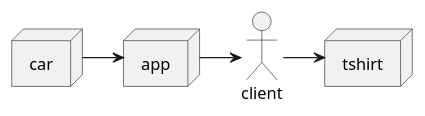
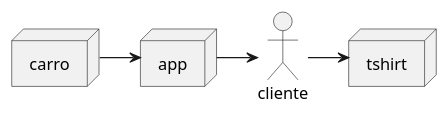
One commit to dionatamsouza/dionatamsouza.github.io changed the diagram in docs/plantuml/test.iuml. Above: the diagram before and after it, drawn with PlantUML.

```diff
--- a/docs/plantuml/test.iuml
+++ b/docs/plantuml/test.iuml
@@ -1,10 +1,10 @@
 @startuml
-actor client
+actor cliente
 node app
-node car
+node carro
 node tshirt
 
-car -> app
-app -> client
-client -> tshirt
+carro -> app
+app -> cliente
+cliente -> tshirt
 @enduml
```
